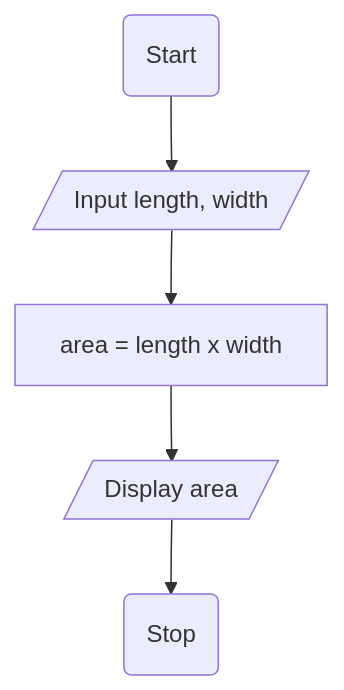
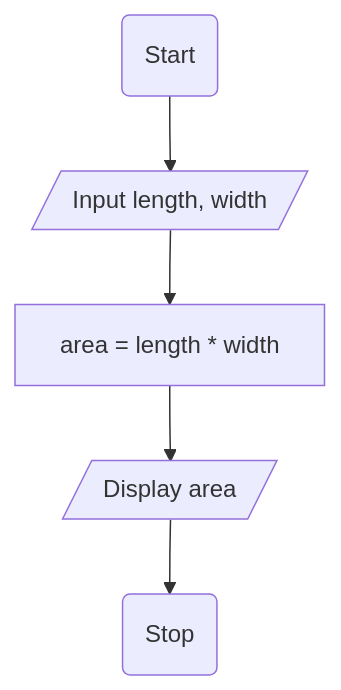
One commit to jayani-athukorala/algorithm-flowchart-workshop changed the seventh of 10 diagrams in README.md. Above: the diagram before and after it, drawn with Mermaid. The commit also changed other lines of this file and 4 other files, not shown here.

Commit message:
Add mermaid flowchart for Q5 modification

````diff
--- a/README.md
+++ b/README.md
@@ -247,7 +247,7 @@
 ```mermaid
 flowchart TD
     A(Start) --> B[/Input length, width/]
-    B --> C[area = length x width]
+    B --> C[area = length * width]
     C --> D[/Display area/]
     D --> F(Stop)
 ```
````
